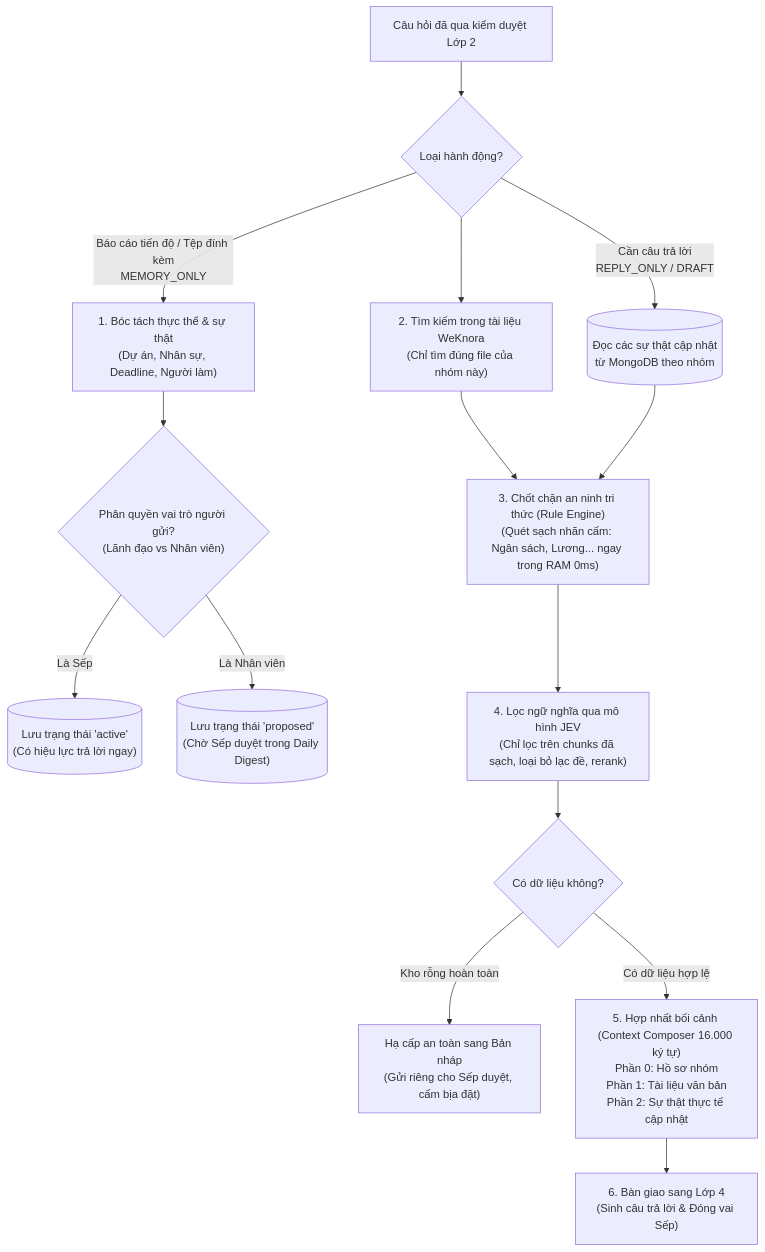
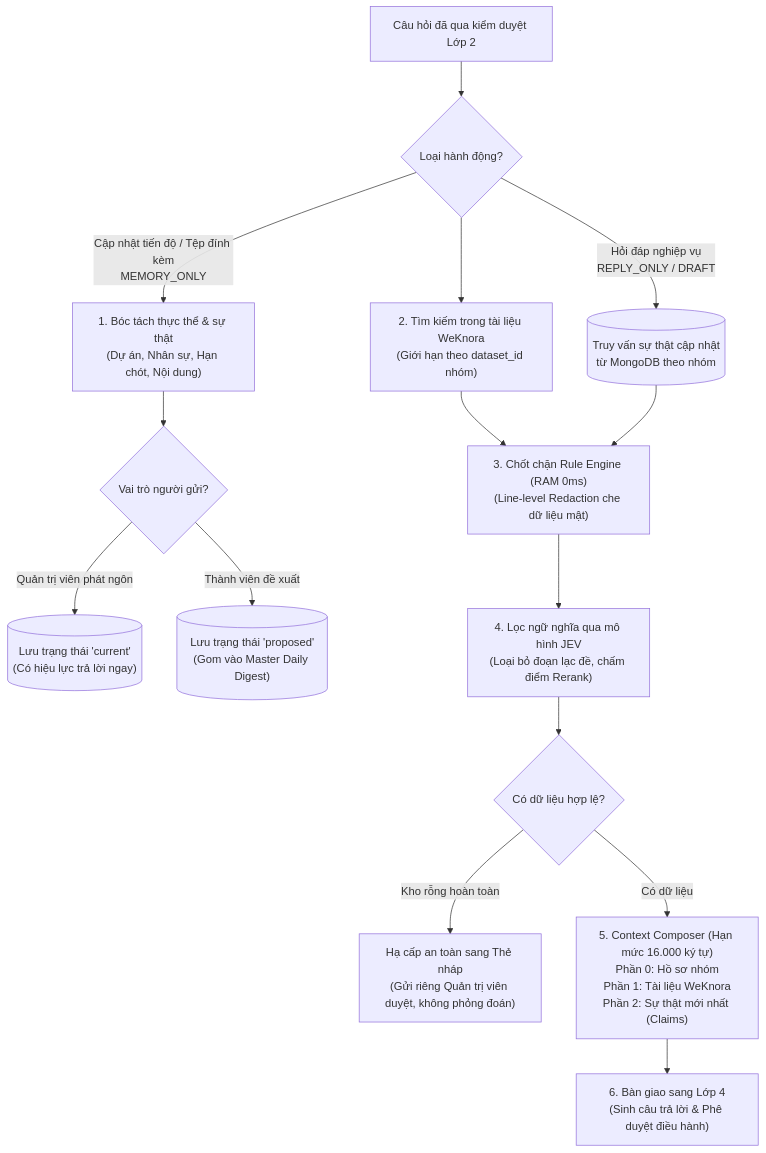
One commit to tetsde/LarkAssistant changed the diagram in server/docs/layer3/layer3.md. Above: the diagram before and after it, drawn with Mermaid. The commit also changed other lines of this file and 20 other files, not shown here.

Commit message:
docs: update architecture documentation and diagrams

````diff
--- a/server/docs/layer3/layer3.md
+++ b/server/docs/layer3/layer3.md
@@ -27,23 +28,23 @@
 ```mermaid
 flowchart TD
     In["Câu hỏi đã qua kiểm duyệt Lớp 2"] --> Fork{"Loại hành động?"}
     
-    Fork -->|Báo cáo tiến độ / Tệp đính kèm<br/>MEMORY_ONLY| Extractor["1. Bóc tách thực thể & sự thật<br/>(Dự án, Nhân sự, Deadline, Người làm)"]
-    Extractor --> Governance{"Phân quyền vai trò người gửi?<br/>(Lãnh đạo vs Nhân viên)"}
-    Governance -->|Là Sếp| ActiveClaim[("Lưu trạng thái 'active'<br/>(Có hiệu lực trả lời ngay)")]
-    Governance -->|Là Nhân viên| ProposedClaim[("Lưu trạng thái 'proposed'<br/>(Chờ Sếp duyệt trong Daily Digest)")]
+    Fork -->|Cập nhật tiến độ / Tệp đính kèm<br/>MEMORY_ONLY| Extractor["1. Bóc tách thực thể & sự thật<br/>(Dự án, Nhân sự, Hạn chót, Nội dung)"]
+    Extractor --> Governance{"Vai trò người gửi?"}
+    Governance -->|Quản trị viên phát ngôn| ActiveClaim[("Lưu trạng thái 'current'<br/>(Có hiệu lực trả lời ngay)")]
+    Governance -->|Thành viên đề xuất| ProposedClaim[("Lưu trạng thái 'proposed'<br/>(Gom vào Master Daily Digest)")]
     
-    Fork -->|Cần câu trả lời<br/>REPLY_ONLY / DRAFT| ReadClaims[("Đọc các sự thật cập nhật<br/>từ MongoDB theo nhóm")]
-    Fork --> SearchWeKnora["2. Tìm kiếm trong tài liệu WeKnora<br/>(Chỉ tìm đúng file của nhóm này)"]
+    Fork -->|Hỏi đáp nghiệp vụ<br/>REPLY_ONLY / DRAFT| ReadClaims[("Truy vấn sự thật cập nhật<br/>từ MongoDB theo nhóm")]
+    Fork --> SearchWeKnora["2. Tìm kiếm trong tài liệu WeKnora<br/>(Giới hạn theo dataset_id nhóm)"]
     
-    SearchWeKnora --> RuleEngine["3. Chốt chặn an ninh tri thức (Rule Engine)<br/>(Quét sạch nhãn cấm: Ngân sách, Lương... ngay trong RAM 0ms)"]
+    SearchWeKnora --> RuleEngine["3. Chốt chặn Rule Engine (RAM 0ms)<br/>(Line-level Redaction che dữ liệu mật)"]
     ReadClaims --> RuleEngine
     
-    RuleEngine --> FilterJEV["4. Lọc ngữ nghĩa qua mô hình JEV<br/>(Chỉ lọc trên chunks đã sạch, loại bỏ lạc đề, rerank)"]
+    RuleEngine --> FilterJEV["4. Lọc ngữ nghĩa qua mô hình JEV<br/>(Loại bỏ đoạn lạc đề, chấm điểm Rerank)"]
     
-    FilterJEV --> CheckEmpty{"Có dữ liệu không?"}
-    CheckEmpty -->|Kho rỗng hoàn toàn| Downgrade["Hạ cấp an toàn sang Bản nháp<br/>(Gửi riêng cho Sếp duyệt, cấm bịa đặt)"]
-    CheckEmpty -->|Có dữ liệu hợp lệ| Composer["5. Hợp nhất bối cảnh (Context Composer 16.000 ký tự)<br/>Phần 0: Hồ sơ nhóm<br/>Phần 1: Tài liệu văn bản<br/>Phần 2: Sự thật thực tế cập nhật"]
+    FilterJEV --> CheckEmpty{"Có dữ liệu hợp lệ?"}
+    CheckEmpty -->|Kho rỗng hoàn toàn| Downgrade["Hạ cấp an toàn sang Thẻ nháp<br/>(Gửi riêng Quản trị viên duyệt, không phỏng đoán)"]
+    CheckEmpty -->|Có dữ liệu| Composer["5. Context Composer (Hạn mức 16.000 ký tự)<br/>Phần 0: Hồ sơ nhóm<br/>Phần 1: Tài liệu WeKnora<br/>Phần 2: Sự thật mới nhất (Claims)"]
     
-    Composer --> Out["6. Bàn giao sang Lớp 4<br/>(Sinh câu trả lời & Đóng vai Sếp)"]
+    Composer --> Out["6. Bàn giao sang Lớp 4<br/>(Sinh câu trả lời & Phê duyệt điều hành)"]
 ```
````
